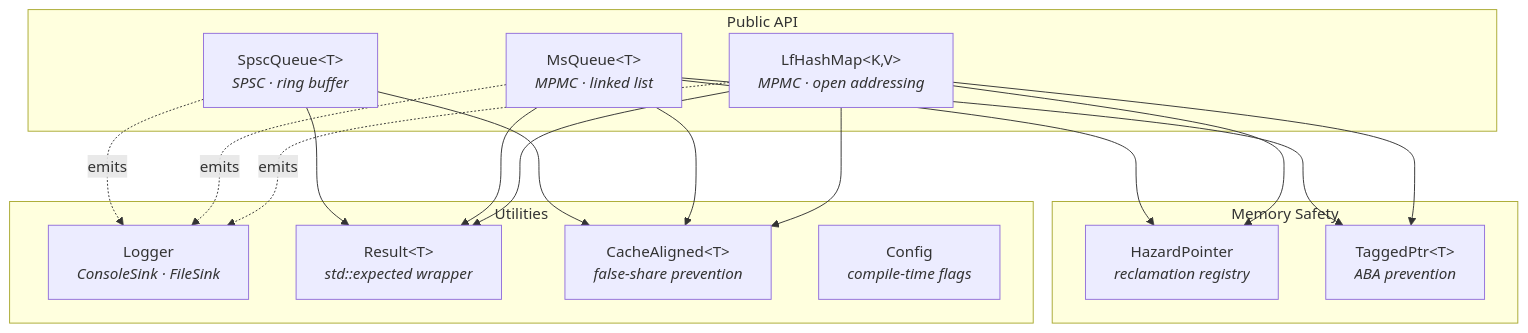
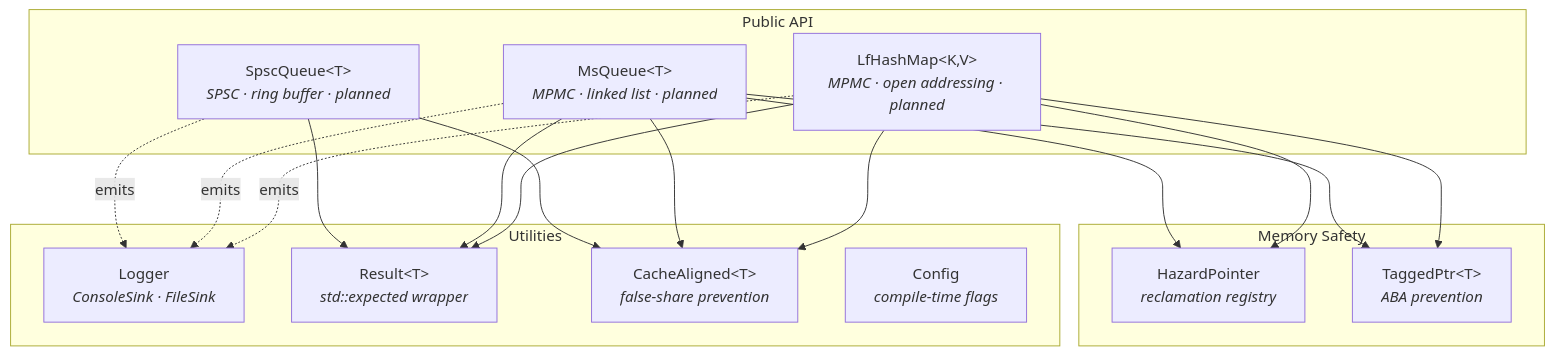
The first of 3 diagrams in README.md (salgue441/quark), drawn with Mermaid before and after one commit. The commit also changed other lines of this file and 22 other files, not shown here.

````diff
--- a/README.md
+++ b/README.md
@@ -50,37 +54,37 @@
 ```mermaid
 graph TB
     subgraph Public API
-        SPSC["SpscQueue&lt;T&gt;<br/><i>SPSC · ring buffer</i>"]
-        MSQ["MsQueue&lt;T&gt;<br/><i>MPMC · linked list</i>"]
-        HM["LfHashMap&lt;K,V&gt;<br/><i>MPMC · open addressing</i>"]
+        SPSC["SpscQueue&lt;T&gt;<br/><i>SPSC · ring buffer · planned</i>"]
+        MSQ["MsQueue&lt;T&gt;<br/><i>MPMC · linked list · planned</i>"]
+        HM["LfHashMap&lt;K,V&gt;<br/><i>MPMC · open addressing · planned</i>"]
     end
 
     subgraph Memory Safety
         HP["HazardPointer<br/><i>reclamation registry</i>"]
         TP["TaggedPtr&lt;T&gt;<br/><i>ABA prevention</i>"]
     end
 
     subgraph Utilities
         LOG["Logger<br/><i>ConsoleSink · FileSink</i>"]
         ERR["Result&lt;T&gt;<br/><i>std::expected wrapper</i>"]
         ARCH["CacheAligned&lt;T&gt;<br/><i>false-share prevention</i>"]
         CFG["Config<br/><i>compile-time flags</i>"]
     end
 
     MSQ --> HP
     MSQ --> TP
     HM  --> HP
     HM  --> TP
 
     SPSC --> ARCH
     MSQ  --> ARCH
     HM   --> ARCH
 
     SPSC --> ERR
     MSQ  --> ERR
     HM   --> ERR
 
     SPSC -.->|"emits"| LOG
     MSQ  -.->|"emits"| LOG
     HM   -.->|"emits"| LOG
 ```
````
